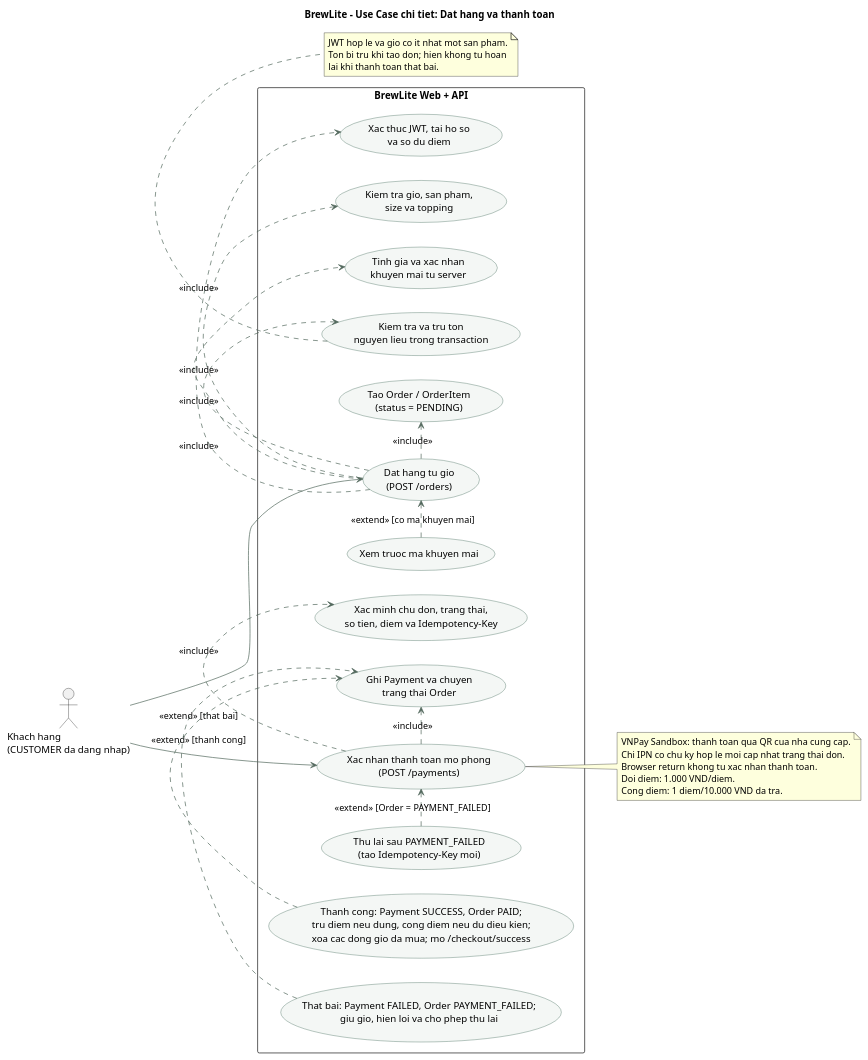
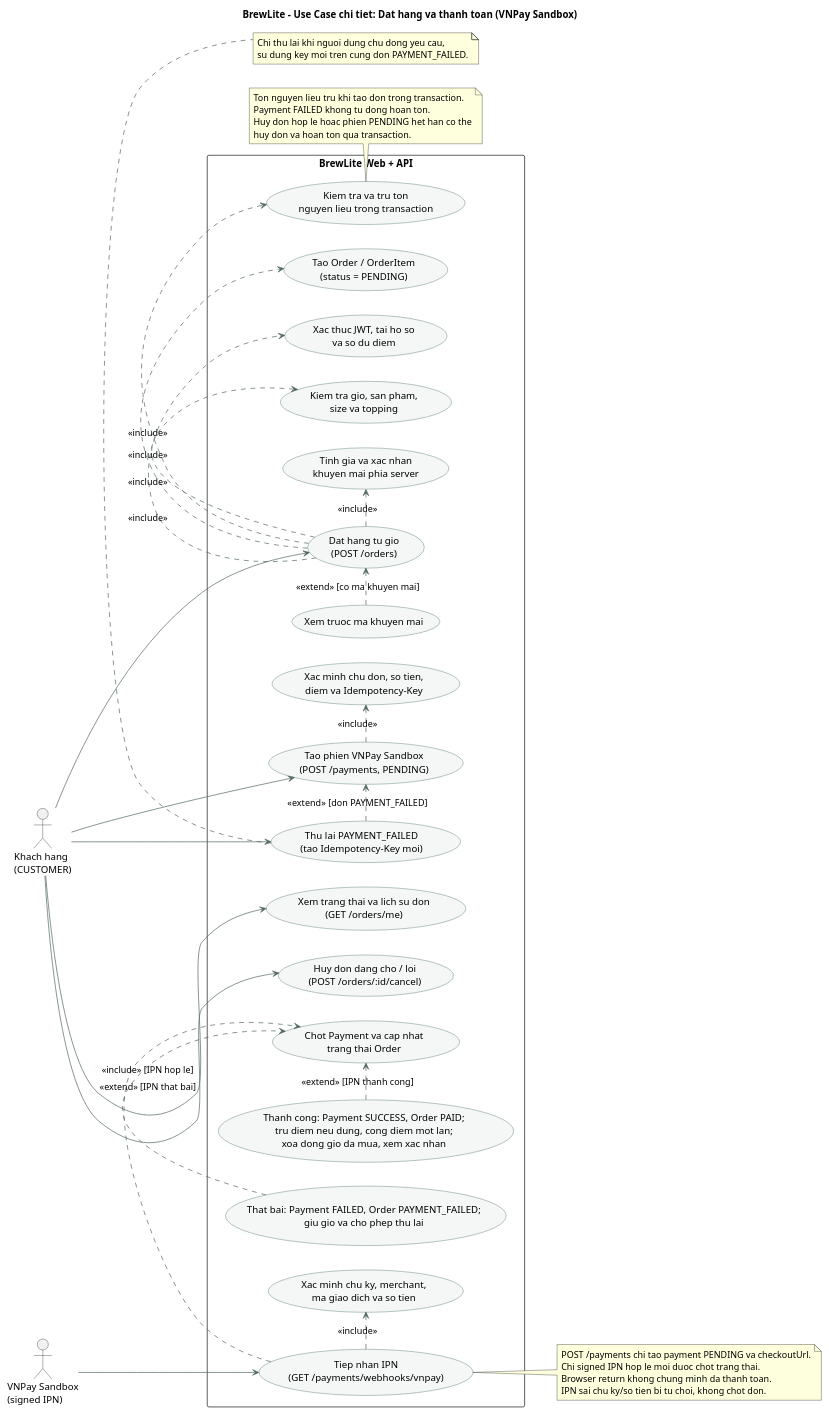
Before and after one commit to ncd426/BrewLite-2: the diagram in docs/diagrams/usecase-checkout.puml, drawn with PlantUML. The commit also changed 28 other files, not shown here.

Commit message:
fix: align VNPay checkout, idempotency tests and UML docs

```diff
--- a/docs/diagrams/usecase-checkout.puml
+++ b/docs/diagrams/usecase-checkout.puml
@@ -1,60 +1,75 @@
 @startuml BrewLite Checkout Use Case
 left to right direction
 skinparam shadowing false
 skinparam actorStyle stickman
 skinparam packageStyle rectangle
 skinparam usecase {
   BackgroundColor #F4F7F5
   BorderColor #315B4A
   ArrowColor #52685D
 }
-title BrewLite - Use Case chi tiet: Dat hang va thanh toan
+title BrewLite - Use Case chi tiet: Dat hang va thanh toan (VNPay Sandbox)
 
-actor "Khach hang\n(CUSTOMER da dang nhap)" as Customer
+actor "Khach hang\n(CUSTOMER)" as Customer
+actor "VNPay Sandbox\n(signed IPN)" as Provider
 
 rectangle "BrewLite Web + API" {
   usecase "Dat hang tu gio\n(POST /orders)" as PlaceOrder
   usecase "Xem truoc ma khuyen mai" as PreviewPromotion
   usecase "Xac thuc JWT, tai ho so\nva so du diem" as AuthProfile
   usecase "Kiem tra gio, san pham,\nsize va topping" as ValidateCart
-  usecase "Tinh gia va xac nhan\nkhuyen mai tu server" as CalculateAmount
+  usecase "Tinh gia va xac nhan\nkhuyen mai phia server" as CalculateAmount
   usecase "Kiem tra va tru ton\nnguyen lieu trong transaction" as CheckStock
   usecase "Tao Order / OrderItem\n(status = PENDING)" as SavePending
-  usecase "Xac nhan thanh toan mo phong\n(POST /payments)" as ConfirmPayment
-  usecase "Xac minh chu don, trang thai,\nso tien, diem va Idempotency-Key" as VerifyPayment
-  usecase "Ghi Payment va chuyen\ntrang thai Order" as RecordResult
-  usecase "Thu lai sau PAYMENT_FAILED\n(tao Idempotency-Key moi)" as RetryPayment
-  usecase "Thanh cong: Payment SUCCESS, Order PAID;\ntru diem neu dung, cong diem neu du dieu kien;\nxoa cac dong gio da mua; mo /checkout/success" as PaymentSuccess
-  usecase "That bai: Payment FAILED, Order PAYMENT_FAILED;\ngiu gio, hien loi va cho phep thu lai" as PaymentFailure
+  usecase "Tao phien VNPay Sandbox\n(POST /payments, PENDING)" as StartPayment
+  usecase "Xac minh chu don, so tien,\ndiem va Idempotency-Key" as VerifyPayment
+  usecase "Tiep nhan IPN\n(GET /payments/webhooks/vnpay)" as ReceiveIPN
+  usecase "Xac minh chu ky, merchant,\nma giao dich va so tien" as VerifyIPN
+  usecase "Chot Payment va cap nhat\ntrang thai Order" as RecordResult
+  usecase "Thu lai PAYMENT_FAILED\n(tao Idempotency-Key moi)" as RetryPayment
+  usecase "Thanh cong: Payment SUCCESS, Order PAID;\ntru diem neu dung, cong diem mot lan;\nxoa dong gio da mua, xem xac nhan" as PaymentSuccess
+  usecase "That bai: Payment FAILED, Order PAYMENT_FAILED;\ngiu gio va cho phep thu lai" as PaymentFailure
+  usecase "Xem trang thai va lich su don\n(GET /orders/me)" as ViewOrders
+  usecase "Huy don dang cho / loi\n(POST /orders/:id/cancel)" as CancelOrder
 }
 
 Customer --> PlaceOrder
-Customer --> ConfirmPayment
+Customer --> StartPayment
+Customer --> RetryPayment
+Customer --> ViewOrders
+Customer --> CancelOrder
+Provider --> ReceiveIPN
 
 PlaceOrder .> AuthProfile : <<include>>
 PlaceOrder .> ValidateCart : <<include>>
 PlaceOrder .> CalculateAmount : <<include>>
 PlaceOrder .> CheckStock : <<include>>
 PlaceOrder .> SavePending : <<include>>
 PreviewPromotion .> PlaceOrder : <<extend>> [co ma khuyen mai]
 
-ConfirmPayment .> VerifyPayment : <<include>>
-ConfirmPayment .> RecordResult : <<include>>
-RetryPayment .> ConfirmPayment : <<extend>> [Order = PAYMENT_FAILED]
-PaymentSuccess .> RecordResult : <<extend>> [thanh cong]
-PaymentFailure .> RecordResult : <<extend>> [that bai]
+StartPayment .> VerifyPayment : <<include>>
+RetryPayment .> StartPayment : <<extend>> [don PAYMENT_FAILED]
+ReceiveIPN .> VerifyIPN : <<include>>
+ReceiveIPN .> RecordResult : <<include>> [IPN hop le]
+PaymentSuccess .> RecordResult : <<extend>> [IPN thanh cong]
+PaymentFailure .> RecordResult : <<extend>> [IPN that bai]
 
-note right of ConfirmPayment
-VNPay Sandbox: thanh toan qua QR cua nha cung cap.
-Chi IPN co chu ky hop le moi cap nhat trang thai don.
-Browser return khong tu xac nhan thanh toan.
-Doi diem: 1.000 VND/diem.
-Cong diem: 1 diem/10.000 VND da tra.
+note right of ReceiveIPN
+POST /payments chi tao payment PENDING va checkoutUrl.
+Chi signed IPN hop le moi duoc chot trang thai.
+Browser return khong chung minh da thanh toan.
+IPN sai chu ky/so tien bi tu choi, khong chot don.
 end note
 
 note bottom of CheckStock
-JWT hop le va gio co it nhat mot san pham.
-Ton bi tru khi tao don; hien khong tu hoan
-lai khi thanh toan that bai.
+Ton nguyen lieu tru khi tao don trong transaction.
+Payment FAILED khong tu dong hoan ton.
+Huy don hop le hoac phien PENDING het han co the
+huy don va hoan ton qua transaction.
+end note
+
+note bottom of RetryPayment
+Chi thu lai khi nguoi dung chu dong yeu cau,
+su dung key moi tren cung don PAYMENT_FAILED.
 end note
 @enduml
```
